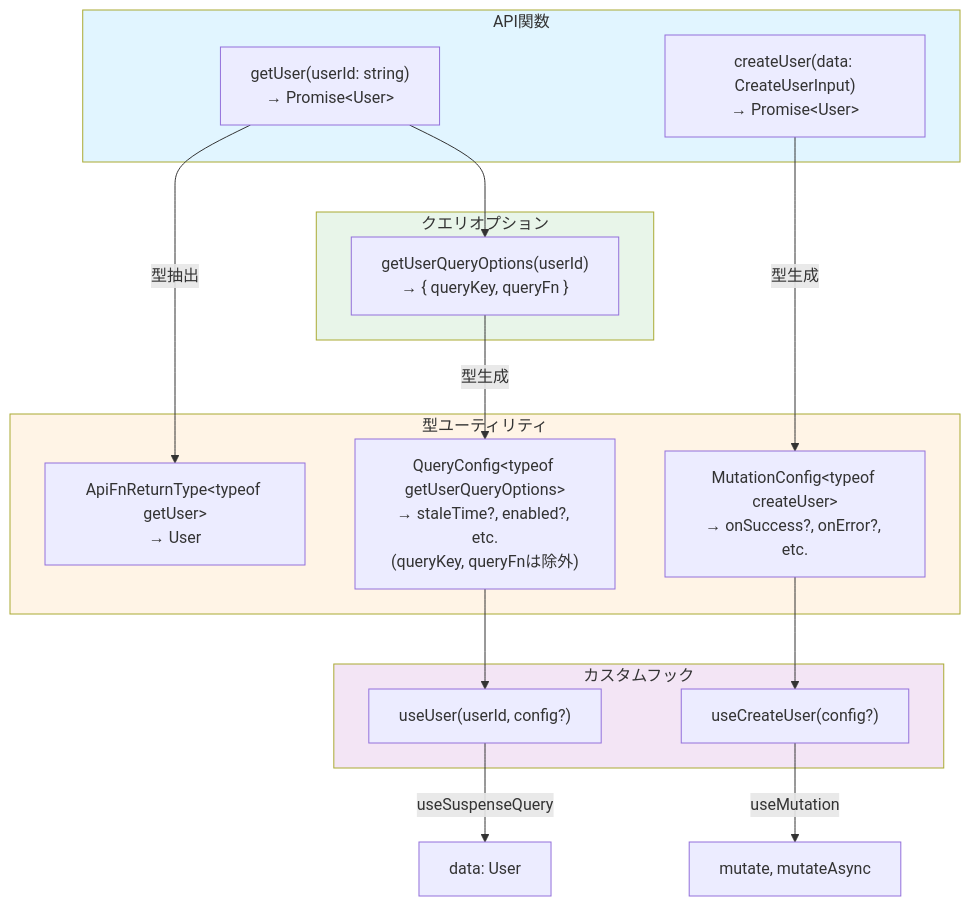
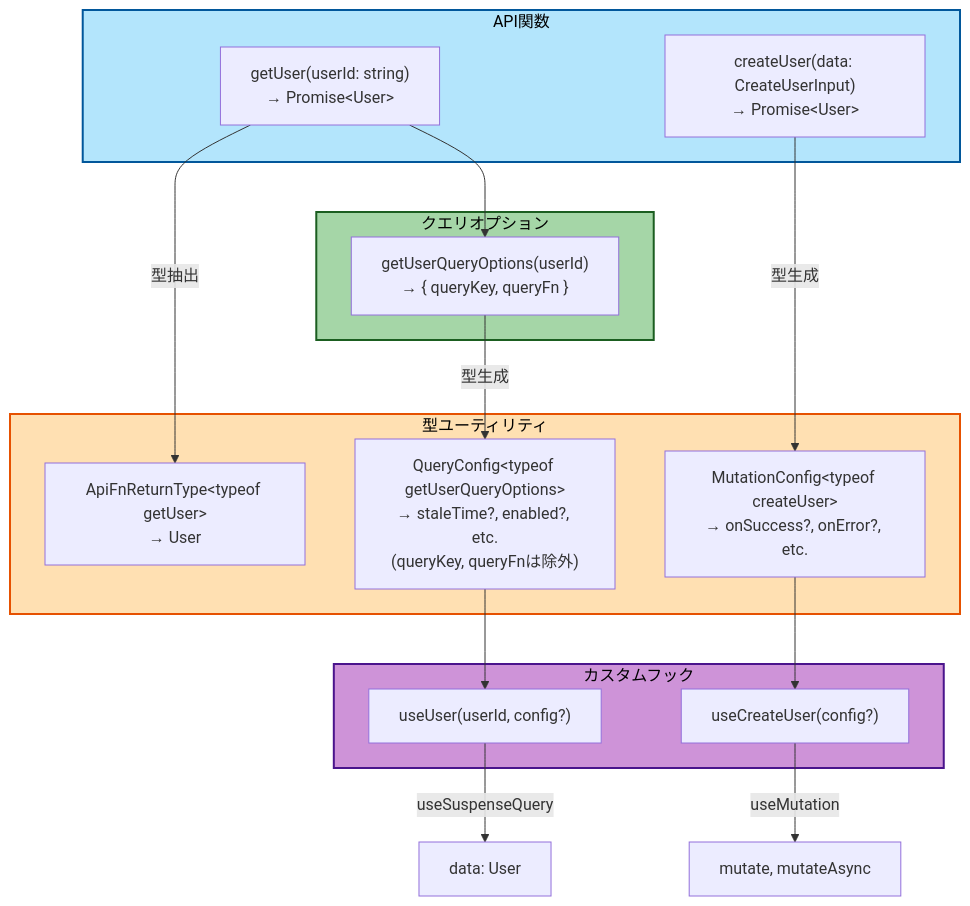
One commit to nomura-koshiro/next-app-docs changed the first of 2 diagrams in docs/03-core-concepts/07-tanstack-query.md. Above: the diagram before and after it, drawn with Mermaid. The commit also changed other lines of this file and 190 other files, not shown here.

````diff
--- a/docs/03-core-concepts/07-tanstack-query.md
+++ b/docs/03-core-concepts/07-tanstack-query.md
@@ -43,37 +43,37 @@
 ```mermaid
 graph TB
     subgraph API["API関数"]
         GetUser["getUser(userId: string)<br/>→ Promise&lt;User&gt;"]
         CreateUser["createUser(data: CreateUserInput)<br/>→ Promise&lt;User&gt;"]
     end
 
     subgraph Types["型ユーティリティ"]
         ApiFn["ApiFnReturnType&lt;typeof getUser&gt;<br/>→ User"]
         QueryConf["QueryConfig&lt;typeof getUserQueryOptions&gt;<br/>→ staleTime?, enabled?, etc.<br/>(queryKey, queryFnは除外)"]
         MutationConf["MutationConfig&lt;typeof createUser&gt;<br/>→ onSuccess?, onError?, etc."]
     end
 
     subgraph QueryOpts["クエリオプション"]
         QueryOptions["getUserQueryOptions(userId)<br/>→ { queryKey, queryFn }"]
     end
 
     subgraph Hooks["カスタムフック"]
         UseUser["useUser(userId, config?)"]
         UseCreateUser["useCreateUser(config?)"]
     end
 
     GetUser -->|型抽出| ApiFn
     GetUser --> QueryOptions
     QueryOptions -->|型生成| QueryConf
     QueryConf --> UseUser
     UseUser -->|useSuspenseQuery| Result1[data: User]
 
     CreateUser -->|型生成| MutationConf
     MutationConf --> UseCreateUser
     UseCreateUser -->|useMutation| Result2[mutate, mutateAsync]
 
-    style API fill:#e1f5ff
-    style Types fill:#fff4e6
-    style QueryOpts fill:#e8f5e9
-    style Hooks fill:#f3e5f5
+    style API fill:#b3e5fc,stroke:#01579b,stroke-width:2px,color:#000
+    style Types fill:#ffe0b2,stroke:#e65100,stroke-width:2px,color:#000
+    style QueryOpts fill:#a5d6a7,stroke:#1b5e20,stroke-width:2px,color:#000
+    style Hooks fill:#ce93d8,stroke:#4a148c,stroke-width:2px,color:#000
 ```
````
